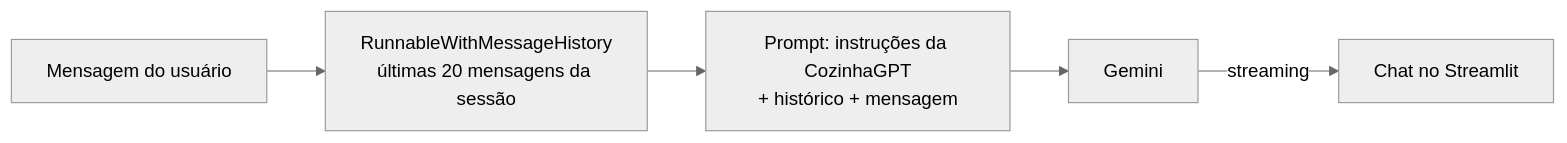
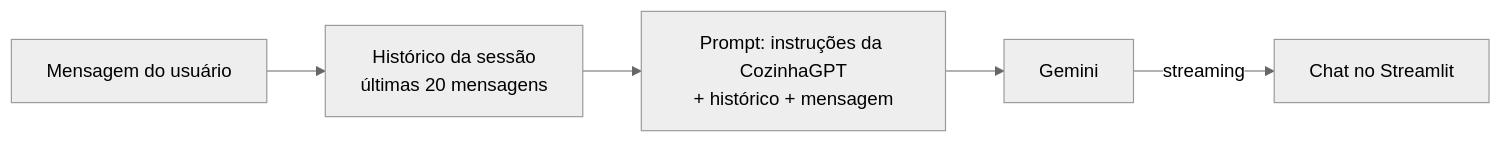
Before and after one commit to LeonhardtBN/cozinhagpt: the diagram in README.md, drawn with Mermaid (neutral theme). The commit also changed other lines of this file and 3 other files, not shown here.

````diff
--- a/README.md
+++ b/README.md
@@ -24,7 +24,7 @@
 ```mermaid
 flowchart LR
-    U[Mensagem do usuário] --> H[RunnableWithMessageHistory<br/>últimas 20 mensagens da sessão]
+    U[Mensagem do usuário] --> H[Histórico da sessão<br/>últimas 20 mensagens]
     H --> P[Prompt: instruções da CozinhaGPT<br/>+ histórico + mensagem]
     P --> G[Gemini]
     G -->|streaming| UI[Chat no Streamlit]
 ```
````
